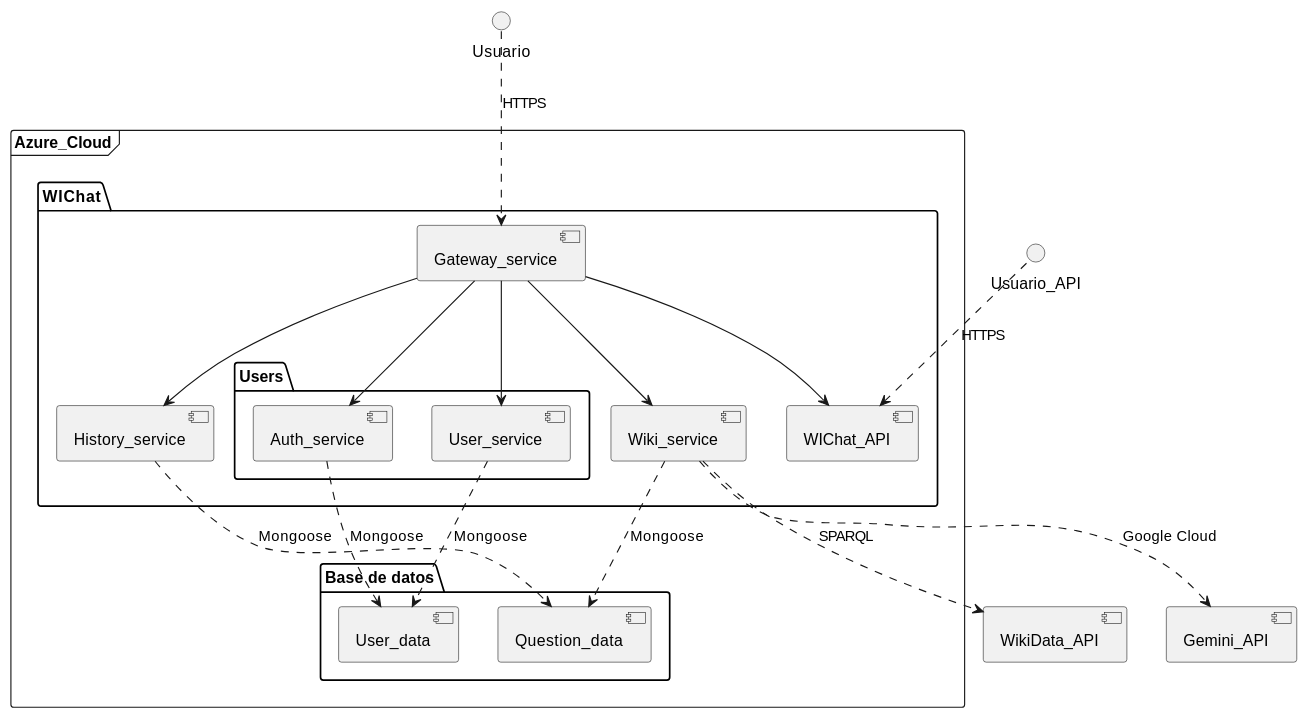
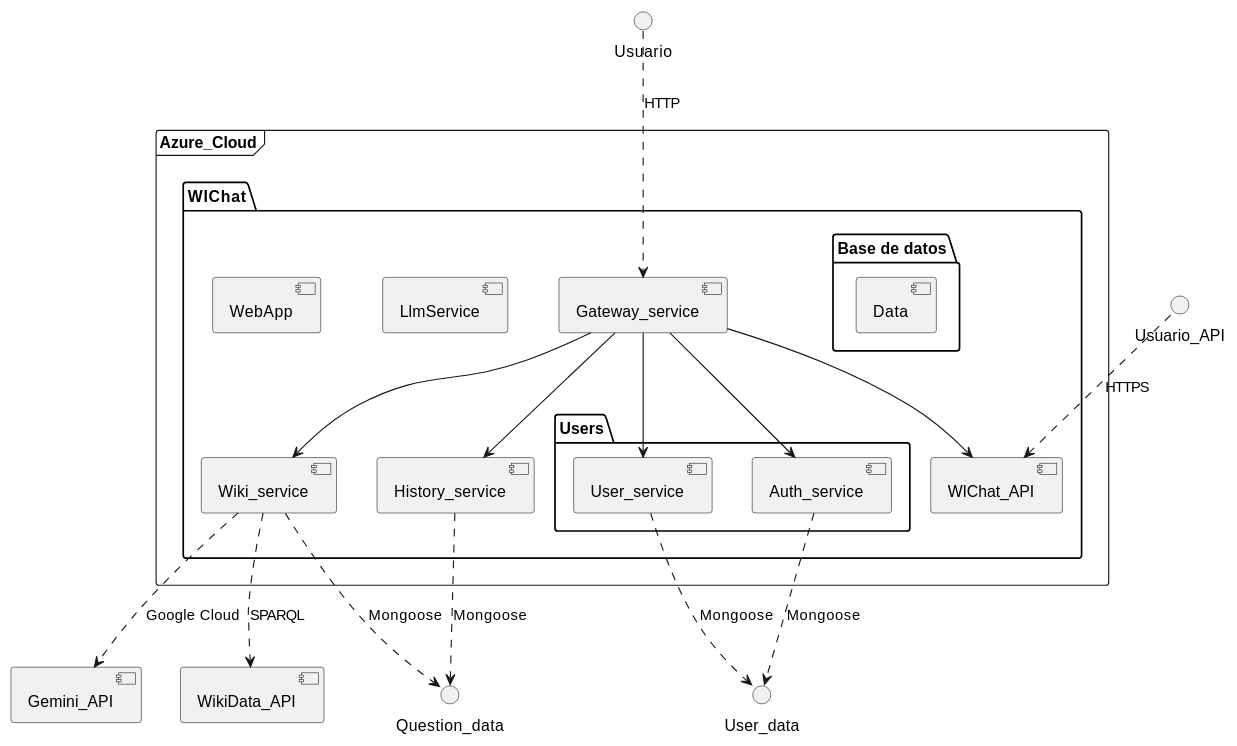
Before and after one commit to Arquisoft/wichat_es5a: the second of 2 diagrams in docs/src/03_context_and_scope.adoc, drawn with PlantUML. The commit also changed other lines of this file and 14 other files, not shown here.

```diff
--- a/docs/src/03_context_and_scope.adoc
+++ b/docs/src/03_context_and_scope.adoc
@@ -110,36 +42,37 @@
 [plantuml, "Contexto técnico WIChat", png]
 ----
 frame "Azure_Cloud" {
     package "WIChat" {
          [WIChat_API]
          [Gateway_service]
          [Wiki_service]
          [History_service]
+         [LlmService]
+         [WebApp]
          package "Users" {
               [Auth_service]
               [User_service]
          }
-    }
-    package "Base de datos" {
-        [User_data]
-        [Question_data]
+         package "Base de datos" {
+              [Data]
+        }
     }
 }
 [WikiData_API]
 [Gemini_API]
 () "Usuario"
 () "Usuario_API"
-Usuario ..> Gateway_service : HTTPS
+Usuario ..> Gateway_service : HTTP
 Gateway_service --> Wiki_service
 Gateway_service --> Auth_service
 Gateway_service --> User_service
 Gateway_service --> History_service
 Gateway_service --> WIChat_API
 Wiki_service ..> WikiData_API : SPARQL
 Wiki_service ..> Gemini_API : Google Cloud
 Auth_service ..> User_data : Mongoose
 User_service ..> User_data  : Mongoose
 Wiki_service ..> Question_data : Mongoose
 History_service ..> Question_data : Mongoose
 Usuario_API ..> WIChat_API : HTTPS
 ----
```
